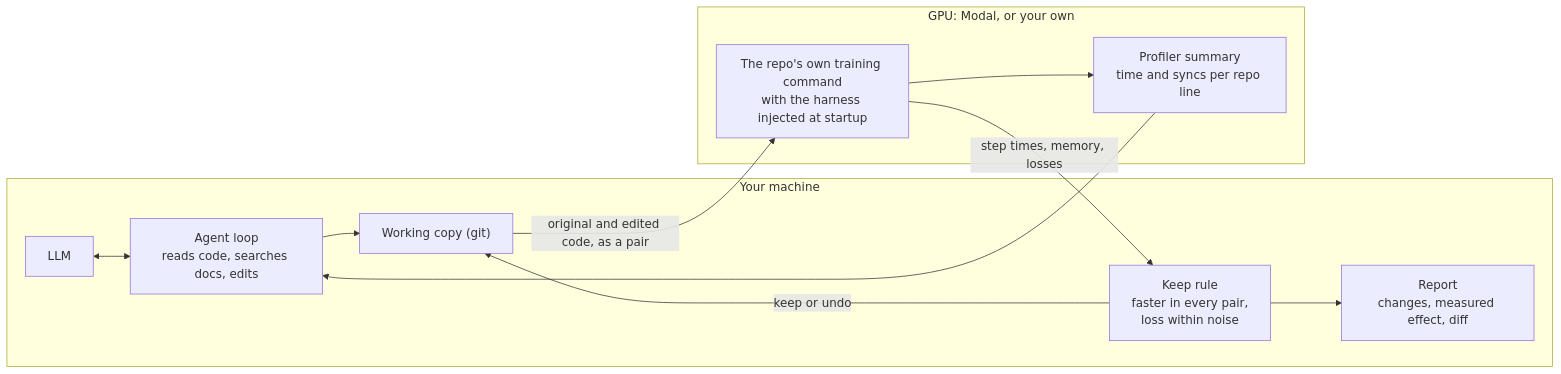
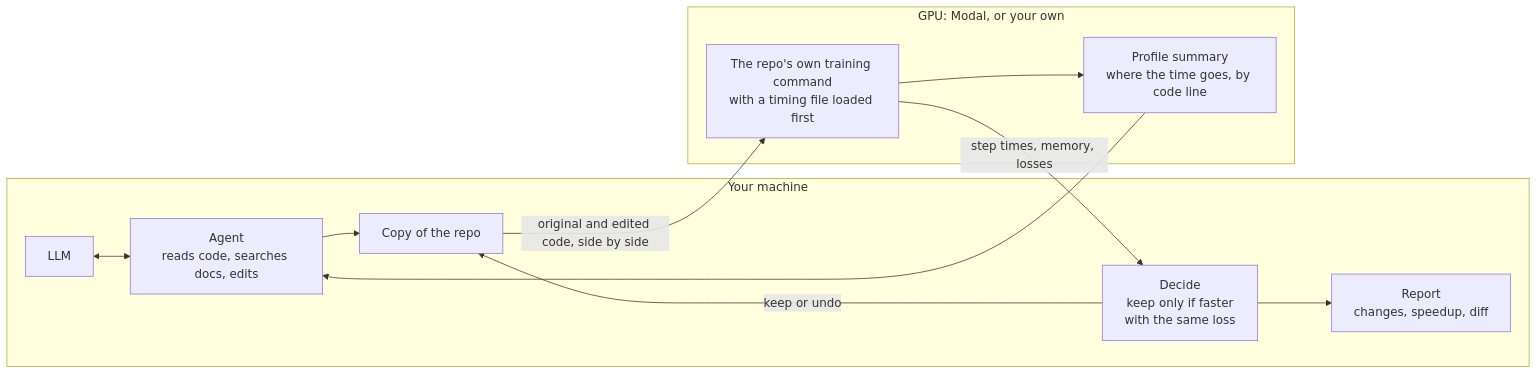
The diagram in README.md (suryacherukuri999/agentictorch), drawn with Mermaid before and after one commit. The commit also changed other lines of this file, not shown here.

````diff
--- a/README.md
+++ b/README.md
@@ -71,16 +71,16 @@
 ```mermaid
 flowchart LR
     subgraph local["Your machine"]
-        model["LLM"] <--> agent["Agent loop<br/>reads code, searches docs, edits"]
-        agent --> copy["Working copy (git)"]
-        rule["Keep rule<br/>faster in every pair,<br/>loss within noise"] -- "keep or undo" --> copy
-        rule --> report["Report<br/>changes, measured effect, diff"]
+        model["LLM"] <--> agent["Agent<br/>reads code, searches docs, edits"]
+        agent --> copy["Copy of the repo"]
+        rule["Decide<br/>keep only if faster<br/>with the same loss"] -- "keep or undo" --> copy
+        rule --> report["Report<br/>changes, speedup, diff"]
     end
     subgraph gpu["GPU: Modal, or your own"]
-        run["The repo's own training command<br/>with the harness injected at startup"]
-        prof["Profiler summary<br/>time and syncs per repo line"]
+        run["The repo's own training command<br/>with a timing file loaded first"]
+        prof["Profile summary<br/>where the time goes, by code line"]
     end
-    copy -- "original and edited code, as a pair" --> run
+    copy -- "original and edited code, side by side" --> run
     run -- "step times, memory, losses" --> rule
     run --> prof --> agent
 ```
````
